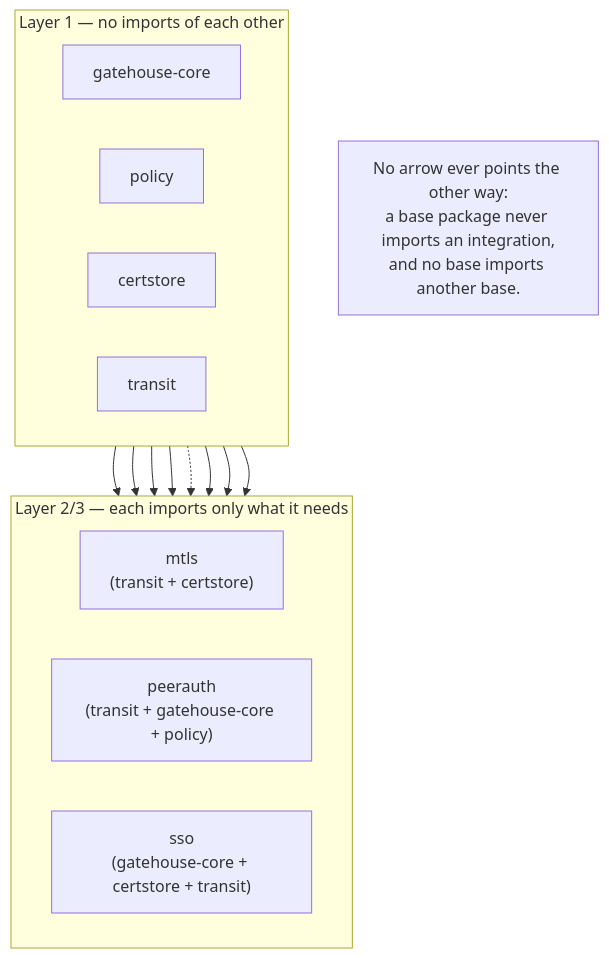
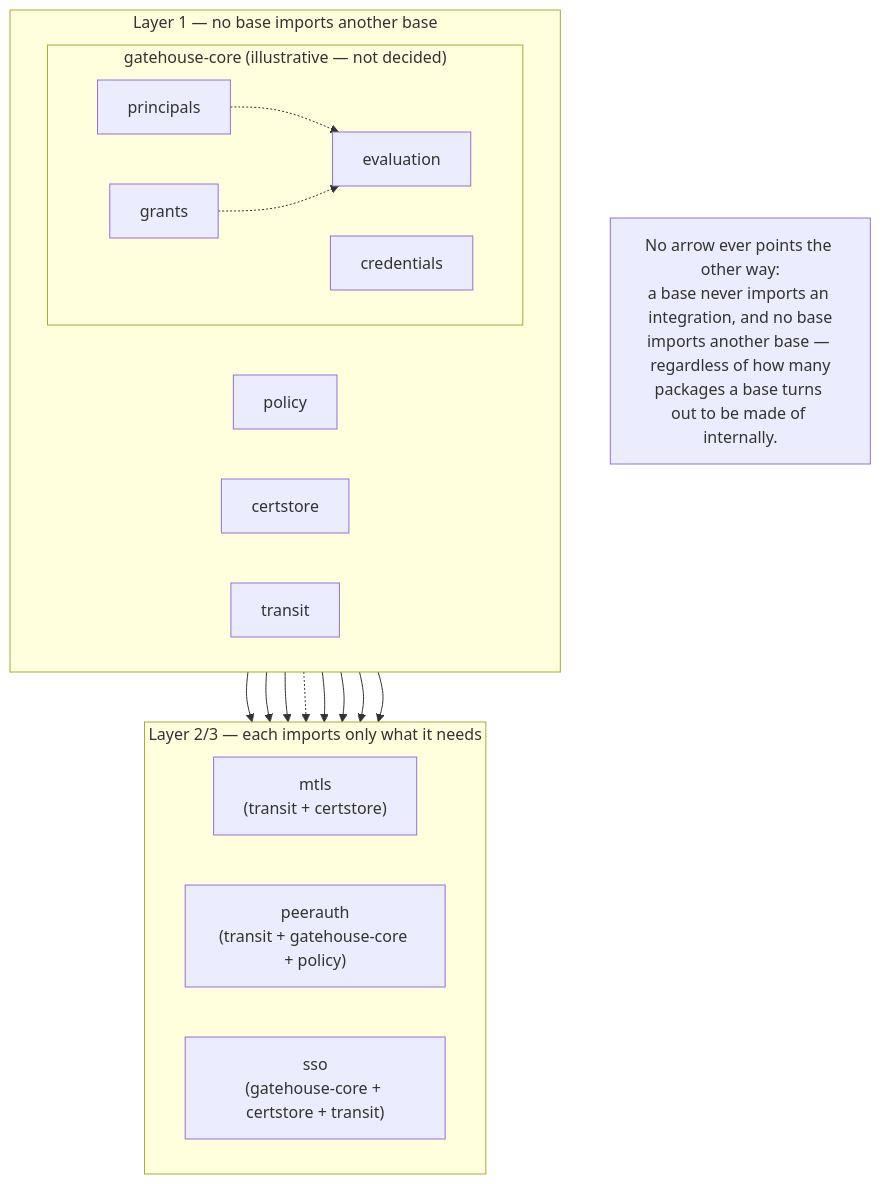
The diagram in docs/architecture/02-package-boundaries.md (croge130/archipelago), drawn with Mermaid before and after one commit. The commit also changed other lines of this file and 1 other file, not shown here.

First line of the commit message:
Clarify: build-order nodes are dependency units, not package promises

````diff
--- a/docs/architecture/02-package-boundaries.md
+++ b/docs/architecture/02-package-boundaries.md
@@ -86,28 +108,38 @@
 ```mermaid
 flowchart TB
-    subgraph Base["Layer 1 — no imports of each other"]
+    subgraph GHCore["gatehouse-core (illustrative — not decided)"]
         direction LR
-        GH["gatehouse-core"]
+        GHP["principals"]
+        GHC["credentials"]
+        GHGR["grants"]
+        GHE["evaluation"]
+    end
+    GHP -.-> GHE
+    GHGR -.-> GHE
+
+    subgraph Base["Layer 1 — no base imports another base"]
+        direction LR
+        GHCore
         POL["policy"]
         CS["certstore"]
         TR["transit"]
     end
 
     subgraph Integrations["Layer 2/3 — each imports only what it needs"]
         direction LR
         MTLS["mtls<br/>(transit + certstore)"]
         PEERAUTH["peerauth<br/>(transit + gatehouse-core + policy)"]
         SSO["sso<br/>(gatehouse-core + certstore + transit)"]
     end
 
     TR --> MTLS
     CS --> MTLS
     TR --> PEERAUTH
-    GH --> PEERAUTH
+    GHCore --> PEERAUTH
     POL -.-> PEERAUTH
-    GH --> SSO
+    GHCore --> SSO
     CS --> SSO
     TR --> SSO
 
-    Note["No arrow ever points the other way:<br/>a base package never imports an integration,<br/>and no base imports another base."]
+    Note["No arrow ever points the other way:<br/>a base never imports an integration, and no base<br/>imports another base — regardless of how many<br/>packages a base turns out to be made of internally."]
 ```
````
